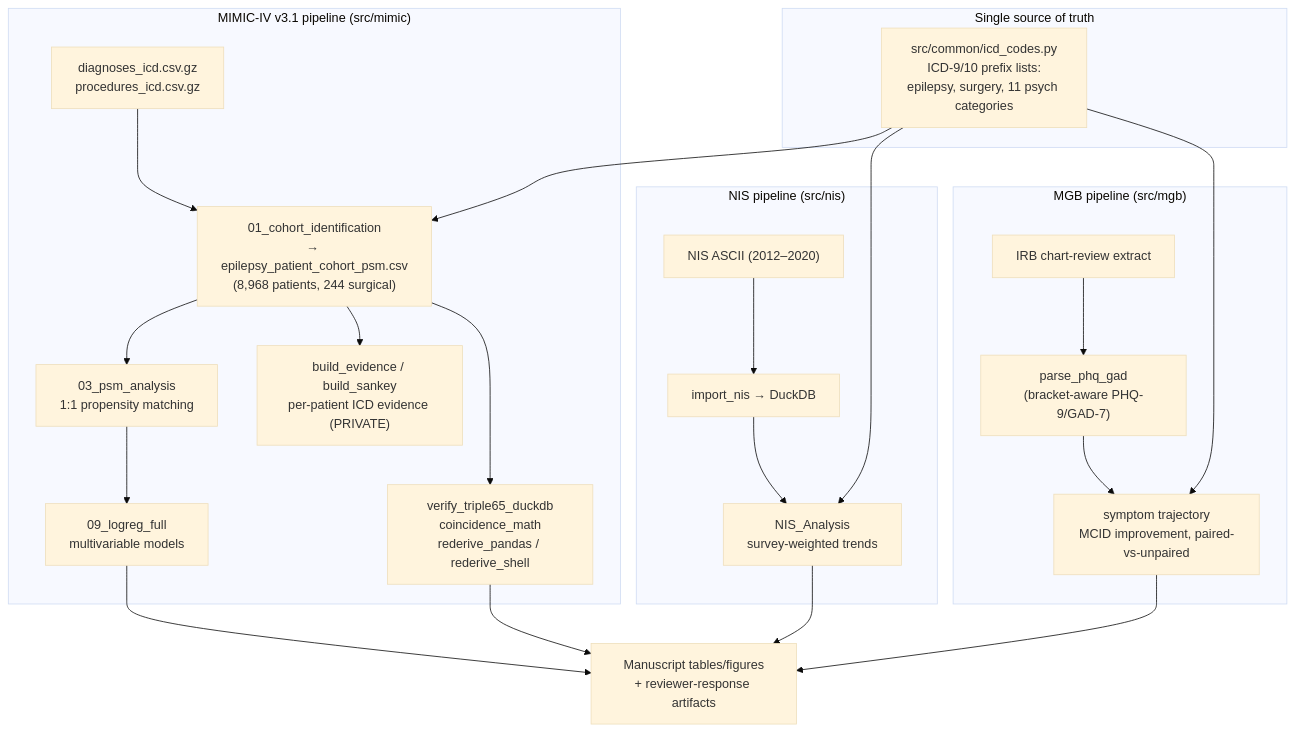
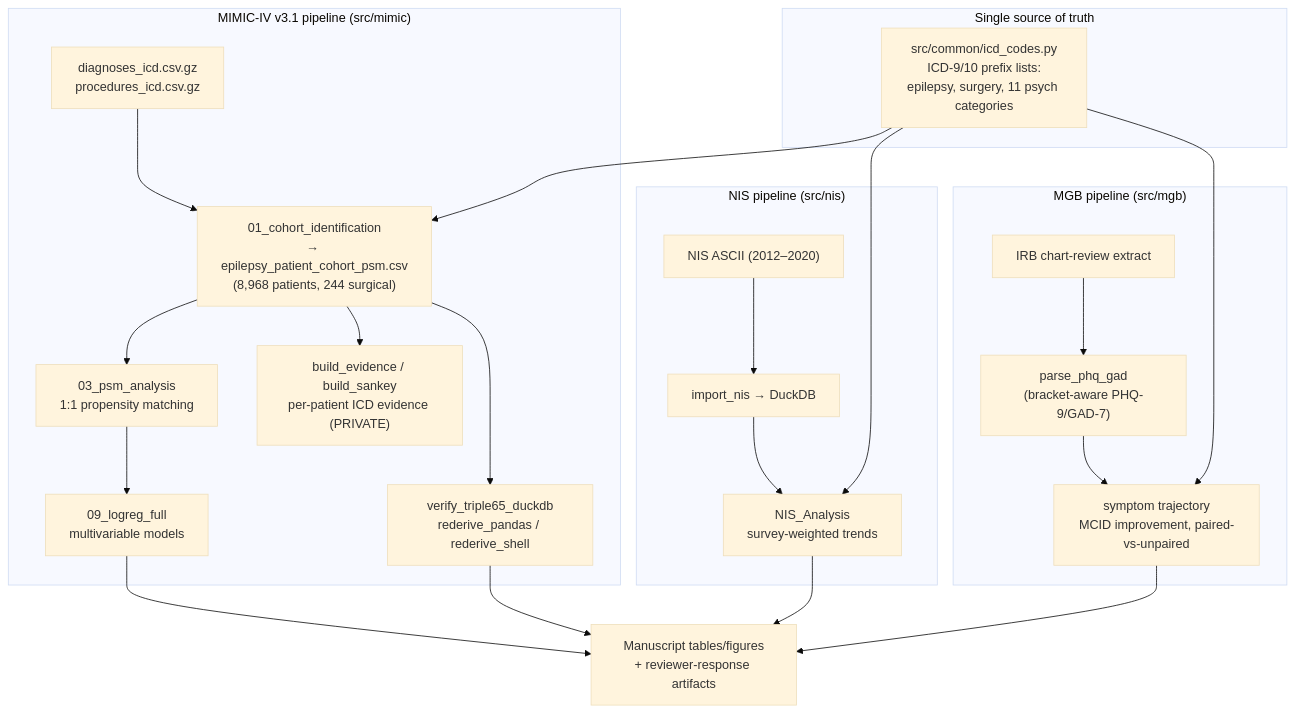
Before and after one commit to nielspac177/epilepsy-psych-comorbidity: the diagram in docs/architecture.md, drawn with Mermaid (base theme). The commit also changed other lines of this file and 8 other files, not shown here.

````diff
--- a/docs/architecture.md
+++ b/docs/architecture.md
@@ -8,41 +8,41 @@
 ```mermaid
 flowchart TD
     subgraph CODES["Single source of truth"]
         ICD["src/common/icd_codes.py<br/>ICD-9/10 prefix lists:<br/>epilepsy, surgery, 11 psych categories"]
     end
 
     subgraph MIMIC["MIMIC-IV v3.1 pipeline (src/mimic)"]
         M1["diagnoses_icd.csv.gz<br/>procedures_icd.csv.gz"]
         M2["01_cohort_identification<br/>→ epilepsy_patient_cohort_psm.csv<br/>(8,968 patients, 244 surgical)"]
         M3["03_psm_analysis<br/>1:1 propensity matching"]
         M4["09_logreg_full<br/>multivariable models"]
         M5["build_evidence / build_sankey<br/>per-patient ICD evidence (PRIVATE)"]
-        M6["verify_triple65_duckdb<br/>coincidence_math<br/>rederive_pandas / rederive_shell"]
+        M6["verify_triple65_duckdb<br/>rederive_pandas / rederive_shell"]
         M1 --> M2 --> M3 --> M4
         M2 --> M5
         M2 --> M6
     end
 
     subgraph NIS["NIS pipeline (src/nis)"]
         N1["NIS ASCII (2012–2020)"]
         N2["import_nis → DuckDB"]
         N3["NIS_Analysis<br/>survey-weighted trends"]
         N1 --> N2 --> N3
     end
 
     subgraph MGB["MGB pipeline (src/mgb)"]
         G1["IRB chart-review extract"]
         G2["parse_phq_gad<br/>(bracket-aware PHQ-9/GAD-7)"]
         G3["symptom trajectory<br/>MCID improvement, paired-vs-unpaired"]
         G1 --> G2 --> G3
     end
 
     ICD --> M2
     ICD --> N3
     ICD --> G3
 
     M4 --> R["Manuscript tables/figures<br/>+ reviewer-response artifacts"]
     N3 --> R
     G3 --> R
     M6 --> R
 ```
````
